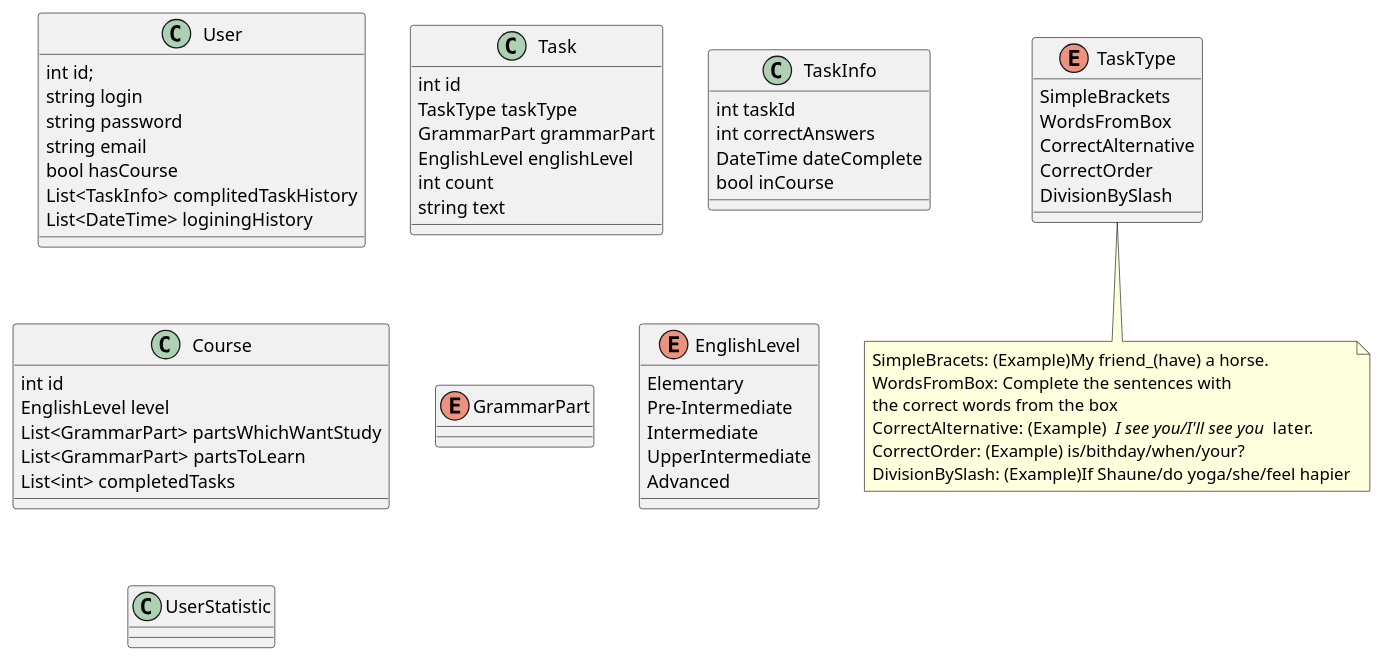
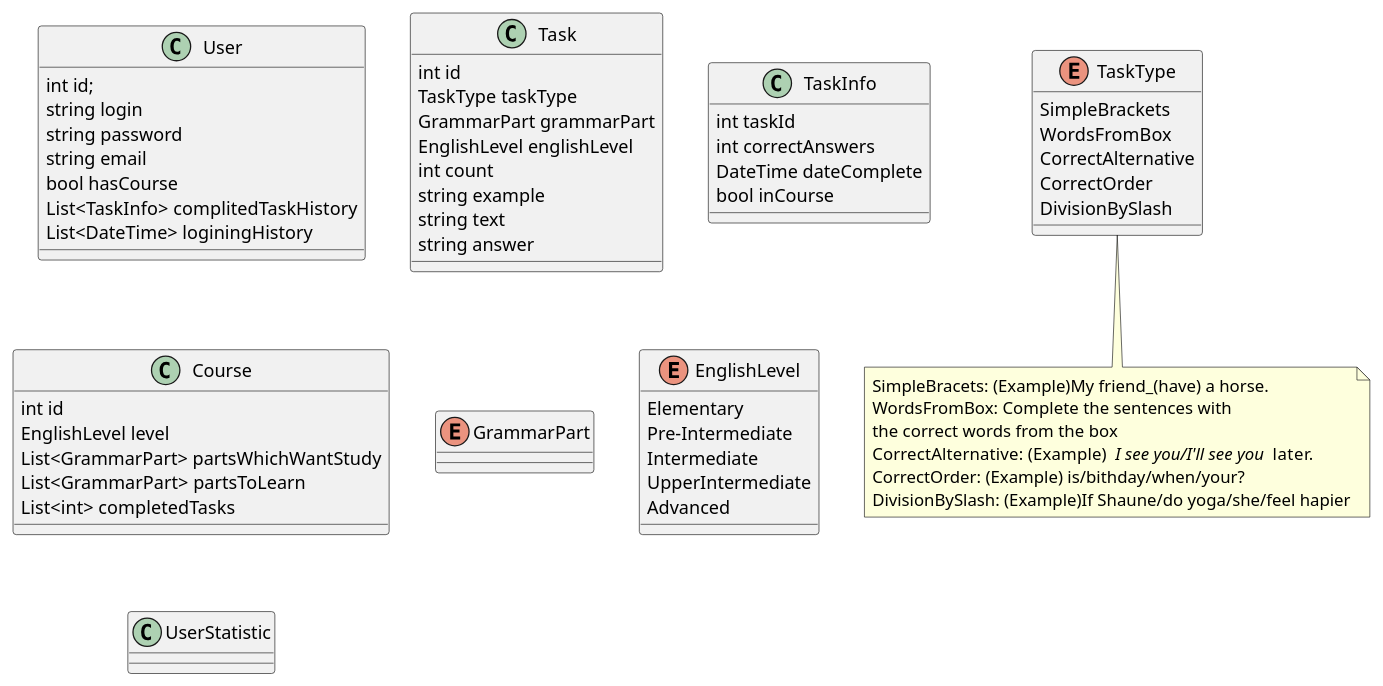
Before and after one commit to dimaLytvyniuk/CSharplearn: the diagram in EnglishProject/class-diagram.puml, drawn with PlantUML. The commit also changed 14 other files, not shown here.

```diff
--- a/EnglishProject/class-diagram.puml
+++ b/EnglishProject/class-diagram.puml
@@ -1,78 +1,80 @@
 @startuml
 class User {
     int id;
     string login
     string password
     string email
     bool hasCourse
     List<TaskInfo> complitedTaskHistory
     List<DateTime> loginingHistory
 }
 
 class Task {
     int id
     TaskType taskType
     GrammarPart grammarPart
     EnglishLevel englishLevel
     int count
+    string example
     string text
+    string answer
 }
 
 class TaskInfo{
     int taskId
     int correctAnswers
     DateTime dateComplete
     bool inCourse
 }
 
 class Course {
     int id
     EnglishLevel level
     List<GrammarPart> partsWhichWantStudy
     List<GrammarPart> partsToLearn
     List<int> completedTasks
 }
 enum GrammarPart {
 
 }
 
 enum EnglishLevel {
     Elementary
     Pre-Intermediate
     Intermediate
     UpperIntermediate
     Advanced
 }
 
 enum TaskType {
     SimpleBrackets
     WordsFromBox
     CorrectAlternative
     CorrectOrder
     DivisionBySlash
 }
 note bottom
 SimpleBracets: (Example)My friend_(have) a horse.
 WordsFromBox: Complete the sentences with
 the correct words from the box
 CorrectAlternative:  (Example)  <i>I see you/I'll see you</i>  later.
 CorrectOrder: (Example) is/bithday/when/your?
 DivisionBySlash: (Example)If Shaune/do yoga/she/feel hapier
 end note
 
 
 together {
     enum TaskType
     enum GrammarPart
     enum EnglishLevel
 }
 
 together {
     class User
     class UserStatistic
     class Task
     class TaskInfo
     class Course
 }
 
 @endumld
```
